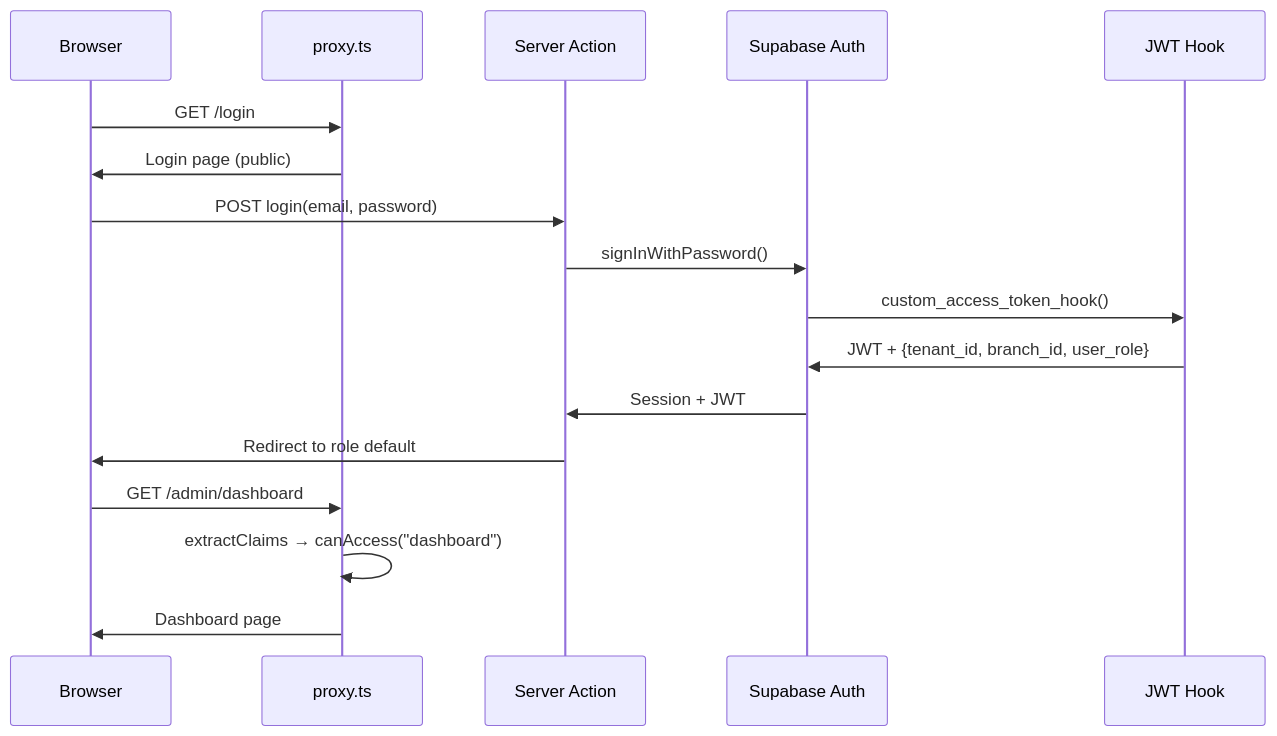
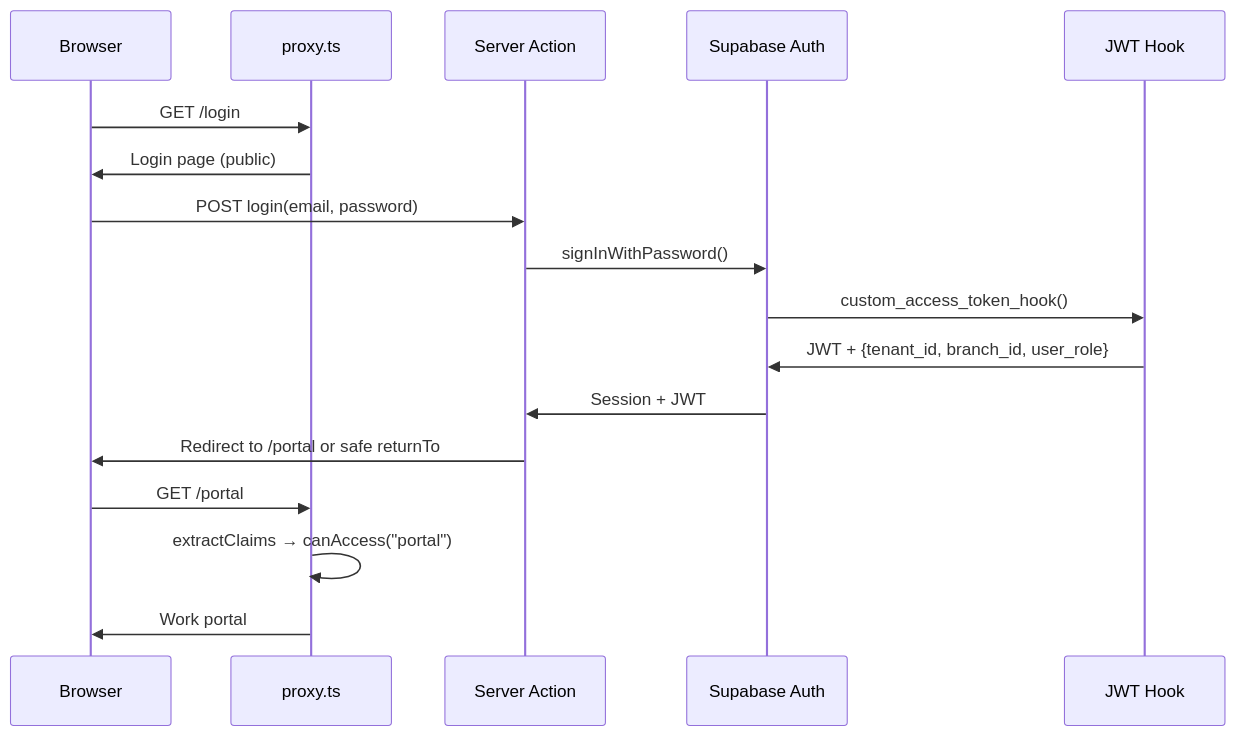
The fourth of 4 diagrams in docs/CODEBASE_MAP.md (comtammatu/comtammatu), drawn with Mermaid before and after one commit. The commit also changed other lines of this file and 357 other files, not shown here.

````diff
--- a/docs/CODEBASE_MAP.md
+++ b/docs/CODEBASE_MAP.md
@@ -88,20 +88,20 @@
 ```mermaid
 sequenceDiagram
     participant B as Browser
     participant P as proxy.ts
     participant A as Server Action
     participant S as Supabase Auth
     participant H as JWT Hook
 
     B->>P: GET /login
     P->>B: Login page (public)
     B->>A: POST login(email, password)
     A->>S: signInWithPassword()
     S->>H: custom_access_token_hook()
     H->>S: JWT + {tenant_id, branch_id, user_role}
     S->>A: Session + JWT
-    A->>B: Redirect to role default
-    B->>P: GET /admin/dashboard
-    P->>P: extractClaims → canAccess("dashboard")
-    P->>B: Dashboard page
+    A->>B: Redirect to /portal or safe returnTo
+    B->>P: GET /portal
+    P->>P: extractClaims → canAccess("portal")
+    P->>B: Work portal
 ```
````
